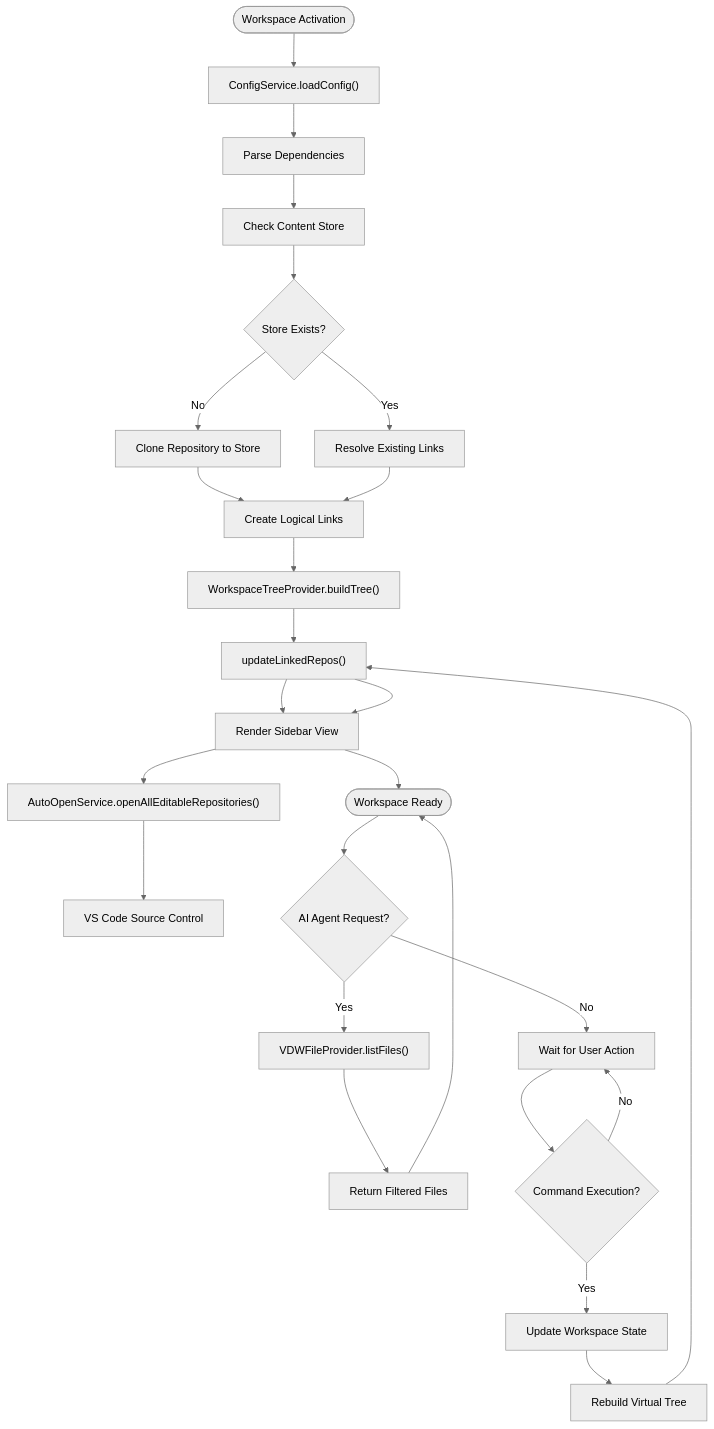
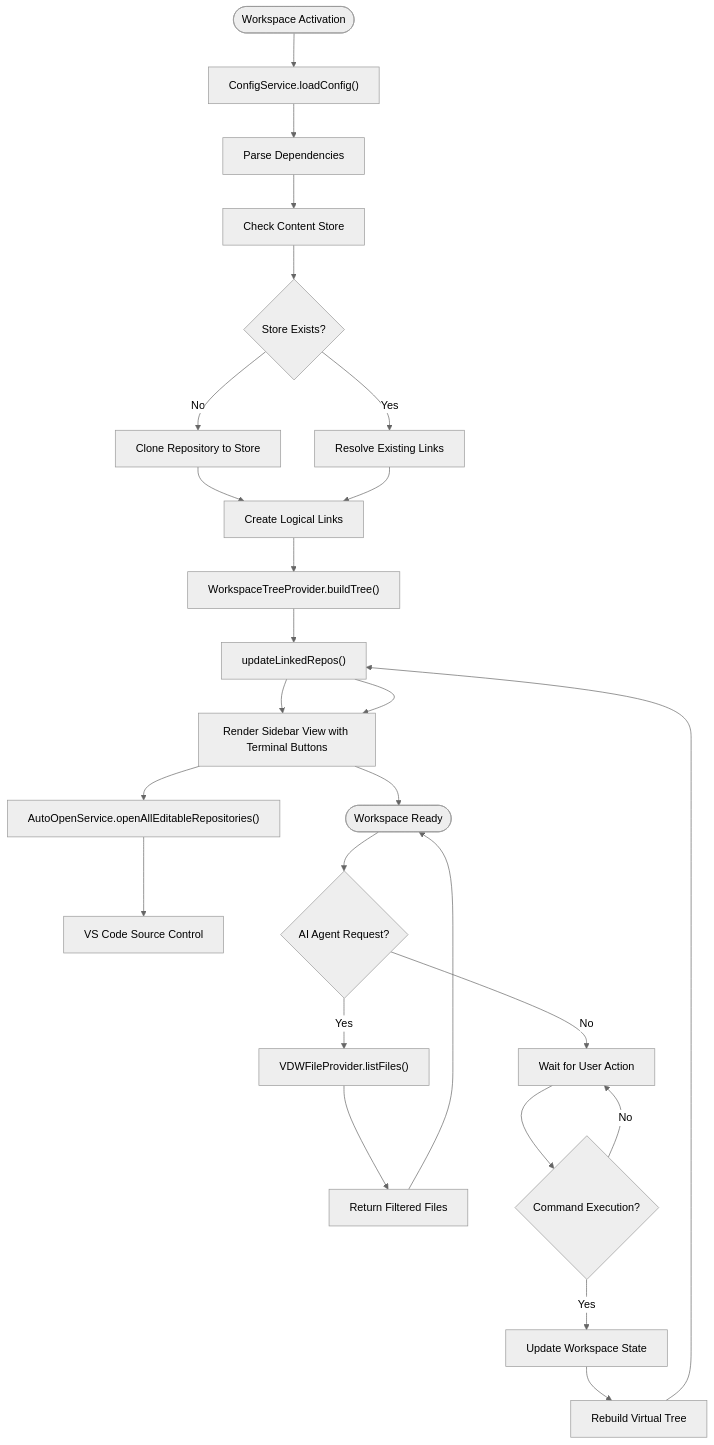
One commit to HWH-2019/vdw changed the third of 6 diagrams in .qoder/repowiki/en/content/Core Features Documentation/VS Code Plugin Bridge & IDE Integration.md. Above: the diagram before and after it, drawn with Mermaid (neutral theme). The commit also changed other lines of this file and 13 other files, not shown here.

````diff
--- a/.qoder/repowiki/en/content/Core Features Documentation/VS Code Plugin Bridge & IDE Integration.md
+++ b/.qoder/repowiki/en/content/Core Features Documentation/VS Code Plugin Bridge & IDE Integration.md
@@ -258,28 +268,28 @@
 ```mermaid
 flowchart TD
 Start([Workspace Activation]) --> LoadConfig["ConfigService.loadConfig()"]
 LoadConfig --> ParseDeps["Parse Dependencies"]
 ParseDeps --> CheckStore["Check Content Store"]
 CheckStore --> StoreExists{"Store Exists?"}
 StoreExists --> |Yes| ResolveLinks["Resolve Existing Links"]
 StoreExists --> |No| CloneRepo["Clone Repository to Store"]
 CloneRepo --> CreateLinks["Create Logical Links"]
 ResolveLinks --> CreateLinks
 CreateLinks --> BuildTree["WorkspaceTreeProvider.buildTree()"]
 BuildTree --> UpdateLinkedRepos["updateLinkedRepos()"]
-UpdateLinkedRepos --> RenderView["Render Sidebar View"]
+UpdateLinkedRepos --> RenderView["Render Sidebar View with Terminal Buttons"]
 RenderView --> AutoOpen["AutoOpenService.openAllEditableRepositories()"]
 AutoOpen --> VSCodeGit["VS Code Source Control"]
 RenderView --> Ready([Workspace Ready])
 Ready --> AIRequest{"AI Agent Request?"}
 AIRequest --> |Yes| FilterScope["VDWFileProvider.listFiles()"]
 AIRequest --> |No| WaitUser["Wait for User Action"]
 FilterScope --> ReturnFiles["Return Filtered Files"]
 ReturnFiles --> Ready
 WaitUser --> CommandExec{"Command Execution?"}
 CommandExec --> |Yes| UpdateWorkspace["Update Workspace State"]
 CommandExec --> |No| WaitUser
 UpdateWorkspace --> RebuildTree["Rebuild Virtual Tree"]
 RebuildTree --> UpdateLinkedRepos
 UpdateLinkedRepos --> RenderView
 ```
````
